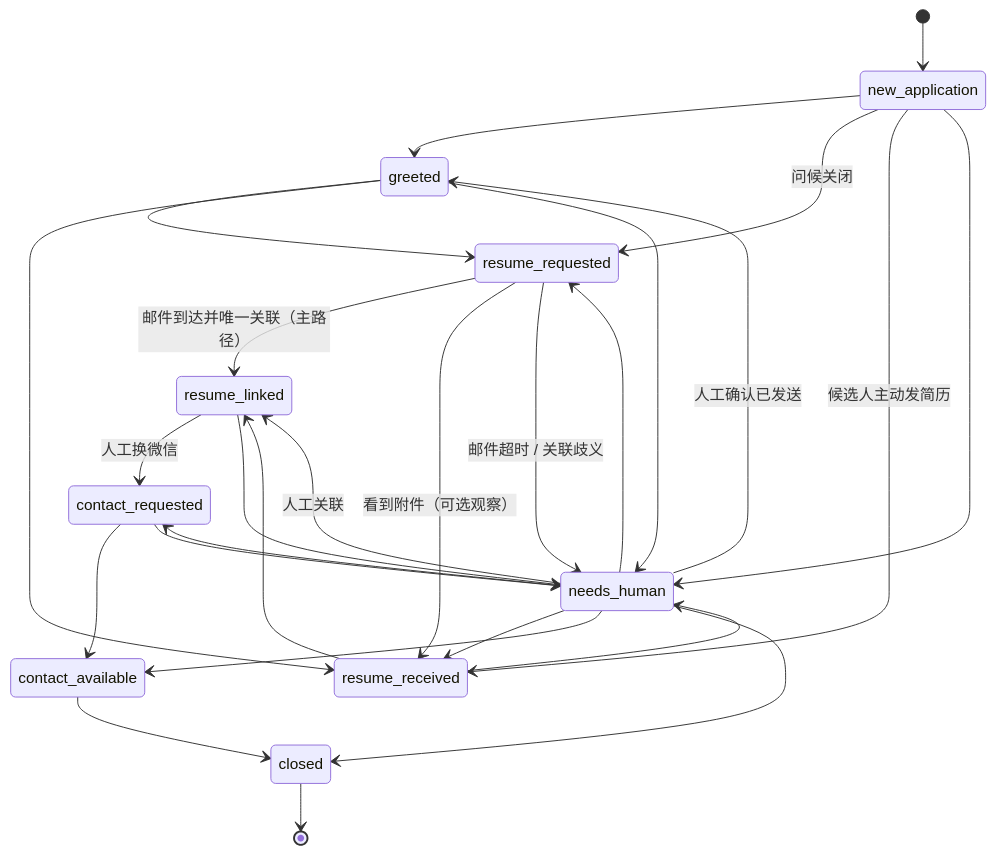
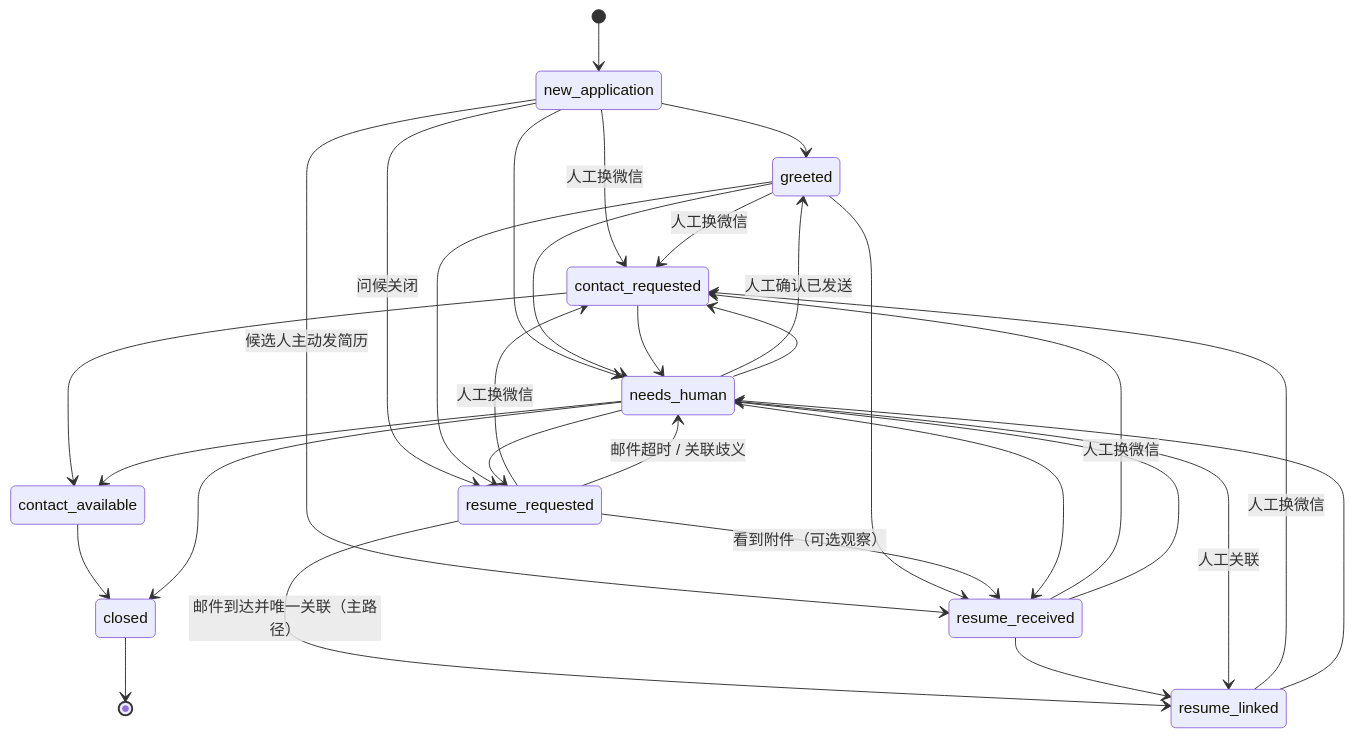
Before and after one commit to szrunworld/2ndscreen: the first of 4 diagrams in docs/monitor/contracts.md, drawn with Mermaid. The commit also changed other lines of this file and 44 other files, not shown here.

````diff
--- a/docs/monitor/contracts.md
+++ b/docs/monitor/contracts.md
@@ -228,29 +237,33 @@
 ```mermaid
 stateDiagram-v2
     [*] --> new_application
     new_application --> greeted
+    new_application --> contact_requested: 人工换微信
+    greeted --> contact_requested: 人工换微信
+    resume_requested --> contact_requested: 人工换微信
+    resume_received --> contact_requested: 人工换微信
     new_application --> resume_requested: 问候关闭
     new_application --> resume_received: 候选人主动发简历
     greeted --> resume_requested
     greeted --> resume_received
     resume_requested --> resume_linked: 邮件到达并唯一关联（主路径）
     resume_requested --> resume_received: 看到附件（可选观察）
     resume_received --> resume_linked
     resume_linked --> contact_requested: 人工换微信
     contact_requested --> contact_available
     contact_available --> closed
     new_application --> needs_human
     greeted --> needs_human
     resume_requested --> needs_human: 邮件超时 / 关联歧义
     resume_received --> needs_human
     resume_linked --> needs_human
     contact_requested --> needs_human
     needs_human --> greeted: 人工确认已发送
     needs_human --> resume_requested
     needs_human --> resume_received
     needs_human --> resume_linked: 人工关联
     needs_human --> contact_requested
     needs_human --> contact_available
     needs_human --> closed
     closed --> [*]
 ```
````
